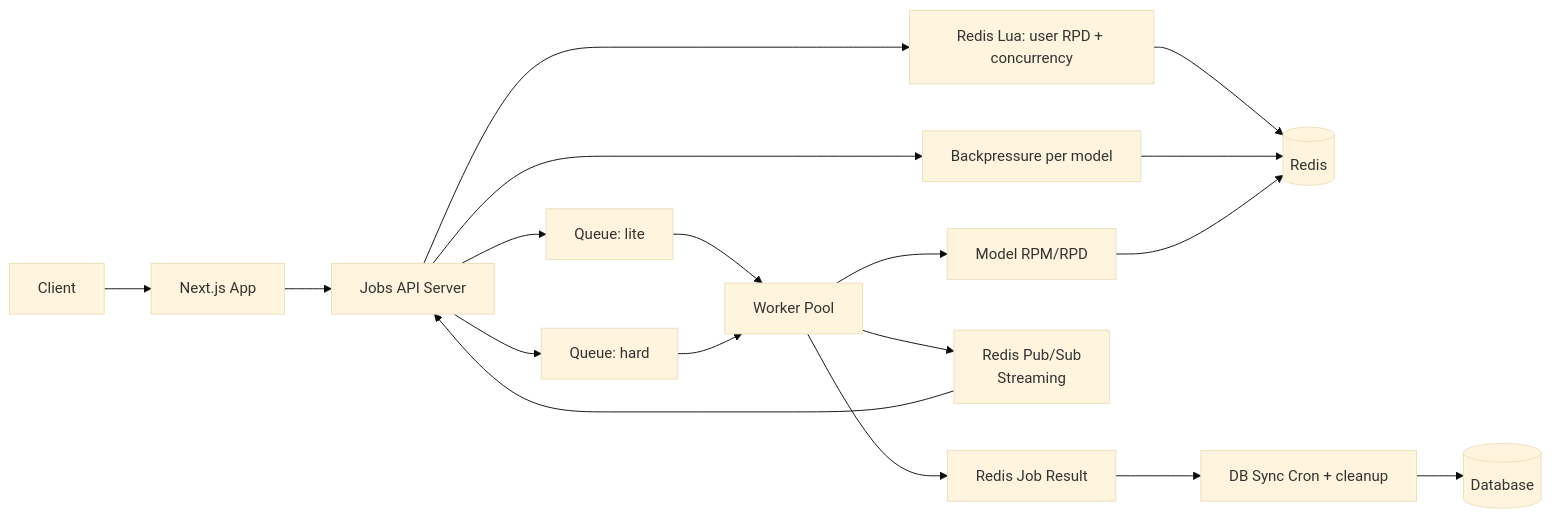
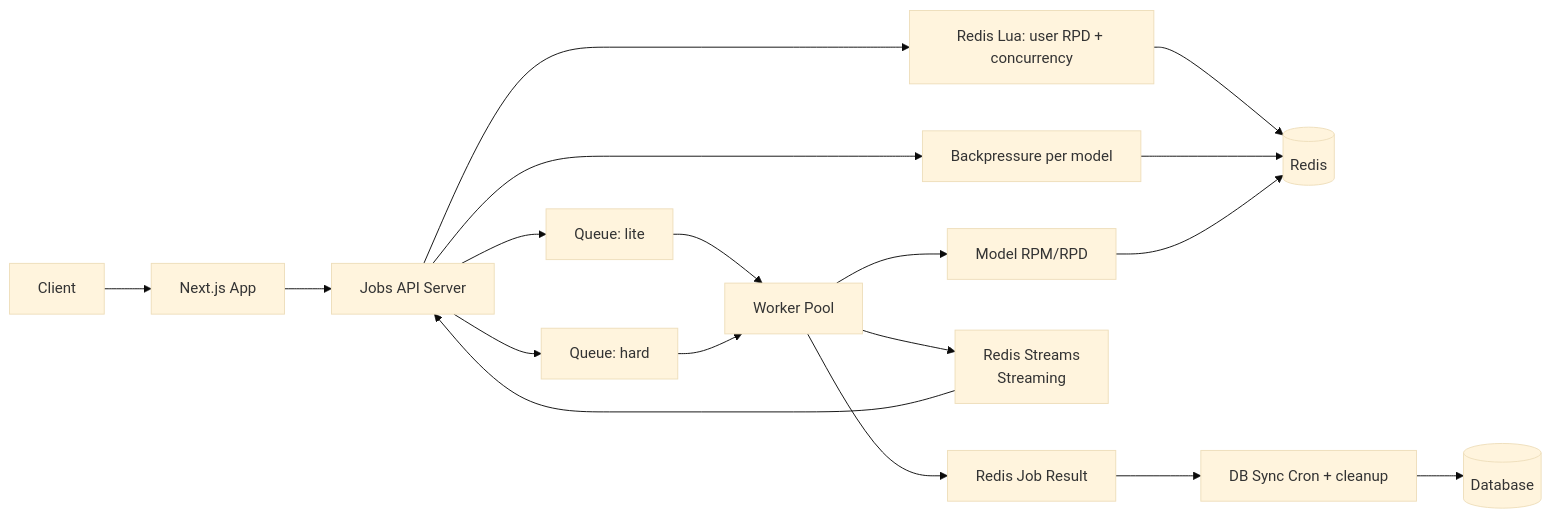
One commit to DmitriyMuliak/z1mak-cv-queue changed the diagram in README.md. Above: the diagram before and after it, drawn with Mermaid (base theme). The commit also changed other lines of this file and 22 other files, not shown here.

````diff
--- a/README.md
+++ b/README.md
@@ -40,25 +40,25 @@
 ```mermaid
 flowchart LR
 
     Client --> Next[Next.js App]
     Next --> API[Jobs API Server]
 
     API --> Lua[Redis Lua: user RPD + concurrency]
     API --> BP[Backpressure per model]
     Lua --> Redis[(Redis)]
     BP --> Redis
 
     API --> QueueLite[Queue: lite]
     API --> QueueHard[Queue: hard]
 
     QueueLite --> Worker[Worker Pool]
     QueueHard --> Worker
     Worker --> Limits[Model RPM/RPD]
     Limits --> Redis
-    Worker --> STREAM[Redis Pub/Sub\nStreaming]
+    Worker --> STREAM[Redis Streams\nStreaming]
     STREAM --> API
     Worker --> Result[Redis Job Result]
 
     Result --> Sync[DB Sync Cron + cleanup]
     Sync --> DB[(Database)]
 ```
````
